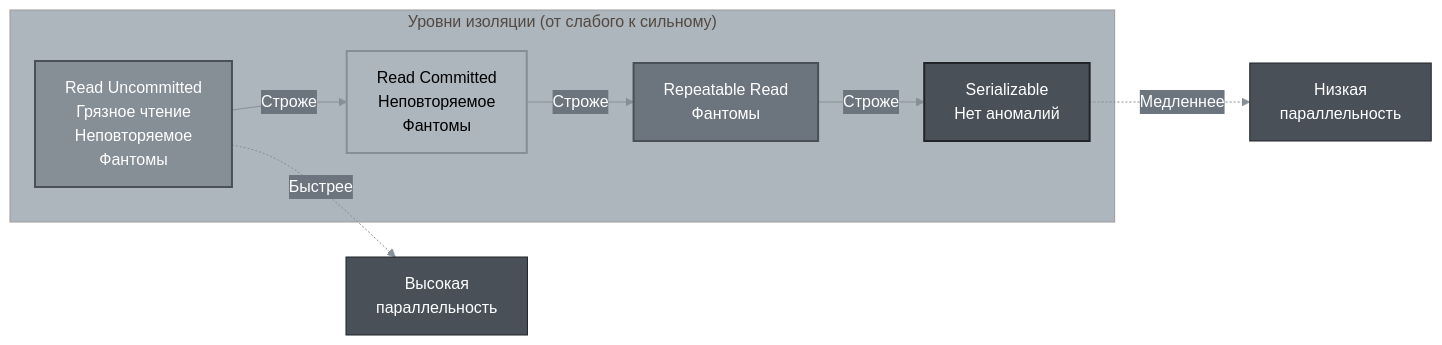
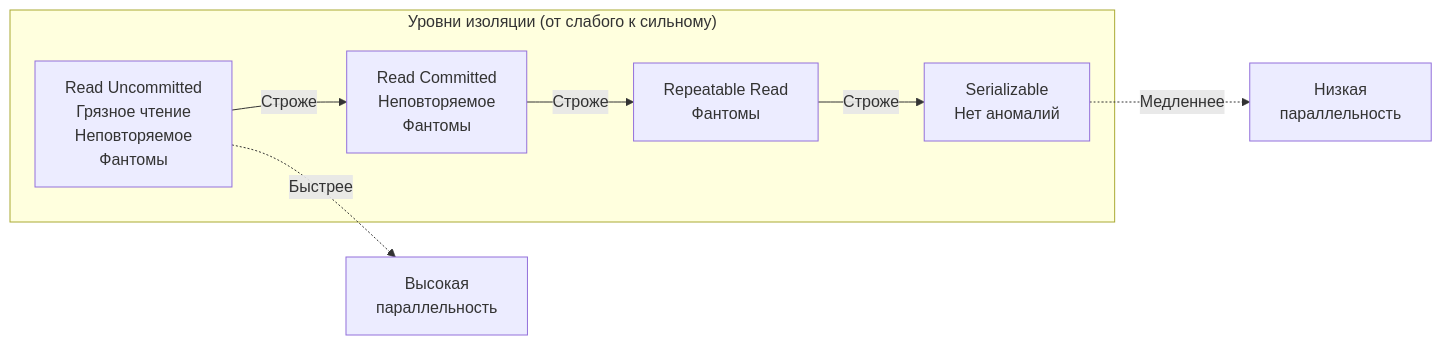
The ninth of 23 diagrams in db_exam.md (alx314vo/db_exam), drawn with Mermaid before and after one commit. The commit also changed other lines of this file and 1 other file, not shown here.

````diff
--- a/db_exam.md
+++ b/db_exam.md
@@ -461,22 +428,17 @@
 ```mermaid
-%%{init: {'theme':'base', 'themeVariables': {'primaryColor':'#495057','primaryTextColor':'#fff','primaryBorderColor':'#212529','lineColor':'#868e96','secondaryColor':'#6c757d','tertiaryColor':'#adb5bd','background':'#ffffff','textColor':'#212529'}}}%%
 graph LR
     subgraph "Уровни изоляции (от слабого к сильному)"
         RU[Read Uncommitted<br/>Грязное чтение<br/>Неповторяемое<br/>Фантомы]
         RC[Read Committed<br/>Неповторяемое<br/>Фантомы]
         RR[Repeatable Read<br/>Фантомы]
         S[Serializable<br/>Нет аномалий]
     end
     
     RU -->|Строже| RC
     RC -->|Строже| RR
     RR -->|Строже| S
     
     RU -.->|Быстрее| Speed1[Высокая<br/>параллельность]
     S -.->|Медленнее| Speed2[Низкая<br/>параллельность]
     
-    style RU fill:#868e96,stroke:#495057,stroke-width:2px,color:#fff
-    style RC fill:#adb5bd,stroke:#868e96,stroke-width:2px,color:#000
-    style RR fill:#6c757d,stroke:#495057,stroke-width:2px,color:#fff
-    style S fill:#495057,stroke:#212529,stroke-width:2px,color:#fff
 ```
````
